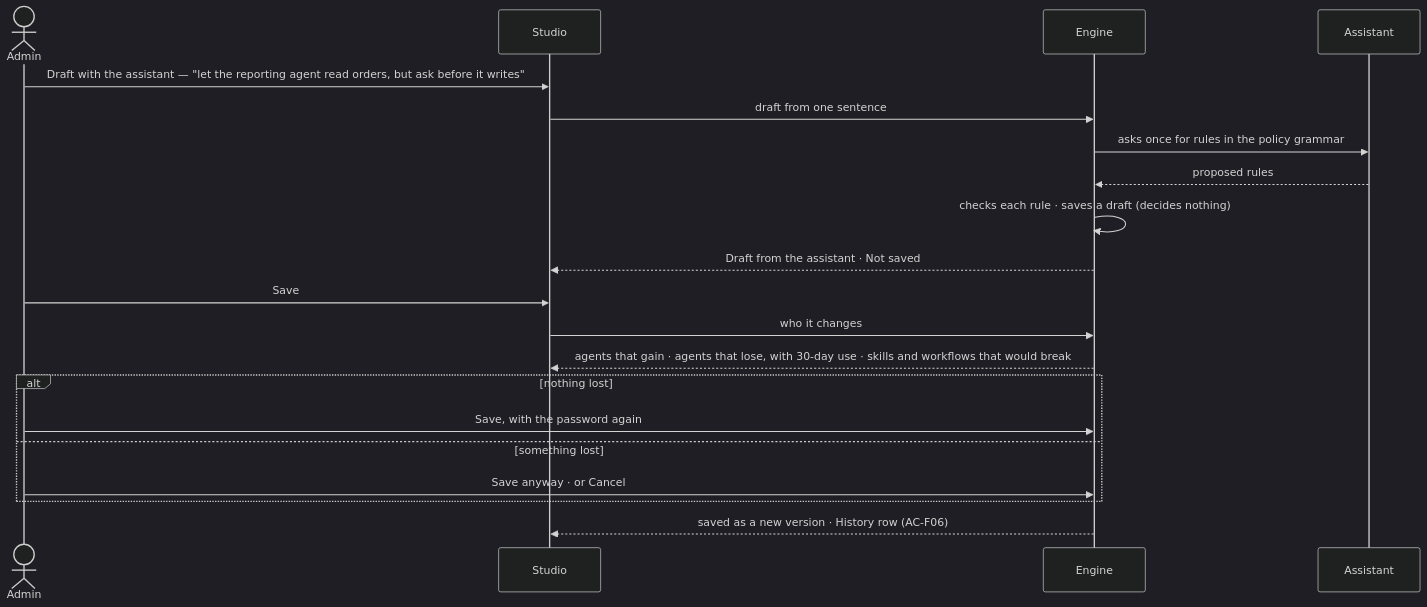
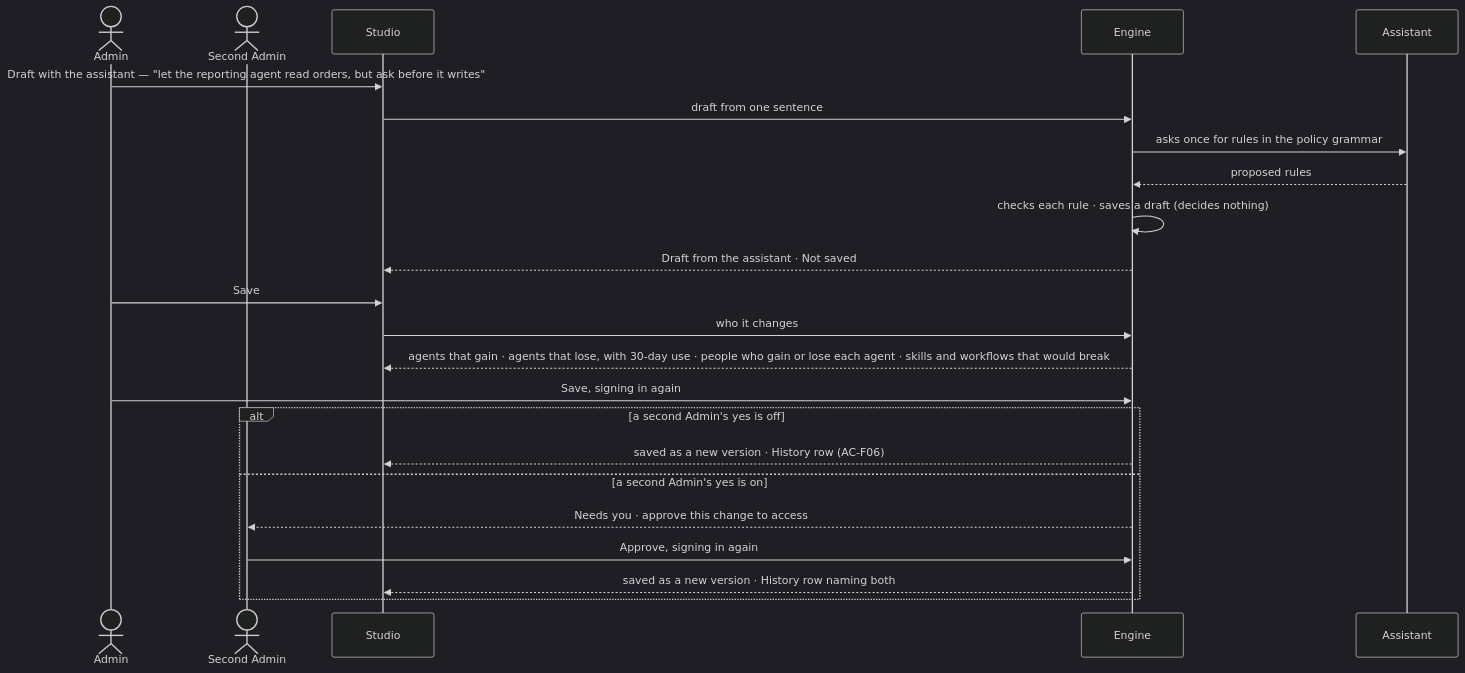
One commit to invana/invana changed the second of 2 diagrams in specs/os/access/features/AC-F02-access-policies/feature.md. Above: the diagram before and after it, drawn with Mermaid (dark theme). The commit also changed other lines of this file and 300 other files, not shown here.

````diff
--- a/specs/os/access/features/AC-F02-access-policies/feature.md
+++ b/specs/os/access/features/AC-F02-access-policies/feature.md
@@ -64,22 +69,25 @@
 ```mermaid
 sequenceDiagram
   actor P as Admin
+  actor Q as Second Admin
   participant S as Studio
   participant E as Engine
   participant A as Assistant
   P->>S: Draft with the assistant — "let the reporting agent read orders, but ask before it writes"
   S->>E: draft from one sentence
   E->>A: asks once for rules in the policy grammar
   A-->>E: proposed rules
   E->>E: checks each rule · saves a draft (decides nothing)
   E-->>S: Draft from the assistant · Not saved
   P->>S: Save
   S->>E: who it changes
-  E-->>S: agents that gain · agents that lose, with 30-day use · skills and workflows that would break
-  alt nothing lost
-    P->>E: Save, with the password again
-  else something lost
-    P->>E: Save anyway · or Cancel
+  E-->>S: agents that gain · agents that lose, with 30-day use · people who gain or lose each agent · skills and workflows that would break
+  P->>E: Save, signing in again
+  alt a second Admin's yes is off
+    E-->>S: saved as a new version · History row (AC-F06)
+  else a second Admin's yes is on
+    E-->>Q: Needs you · approve this change to access
+    Q->>E: Approve, signing in again
+    E-->>S: saved as a new version · History row naming both
   end
-  E-->>S: saved as a new version · History row (AC-F06)
 ```
````
